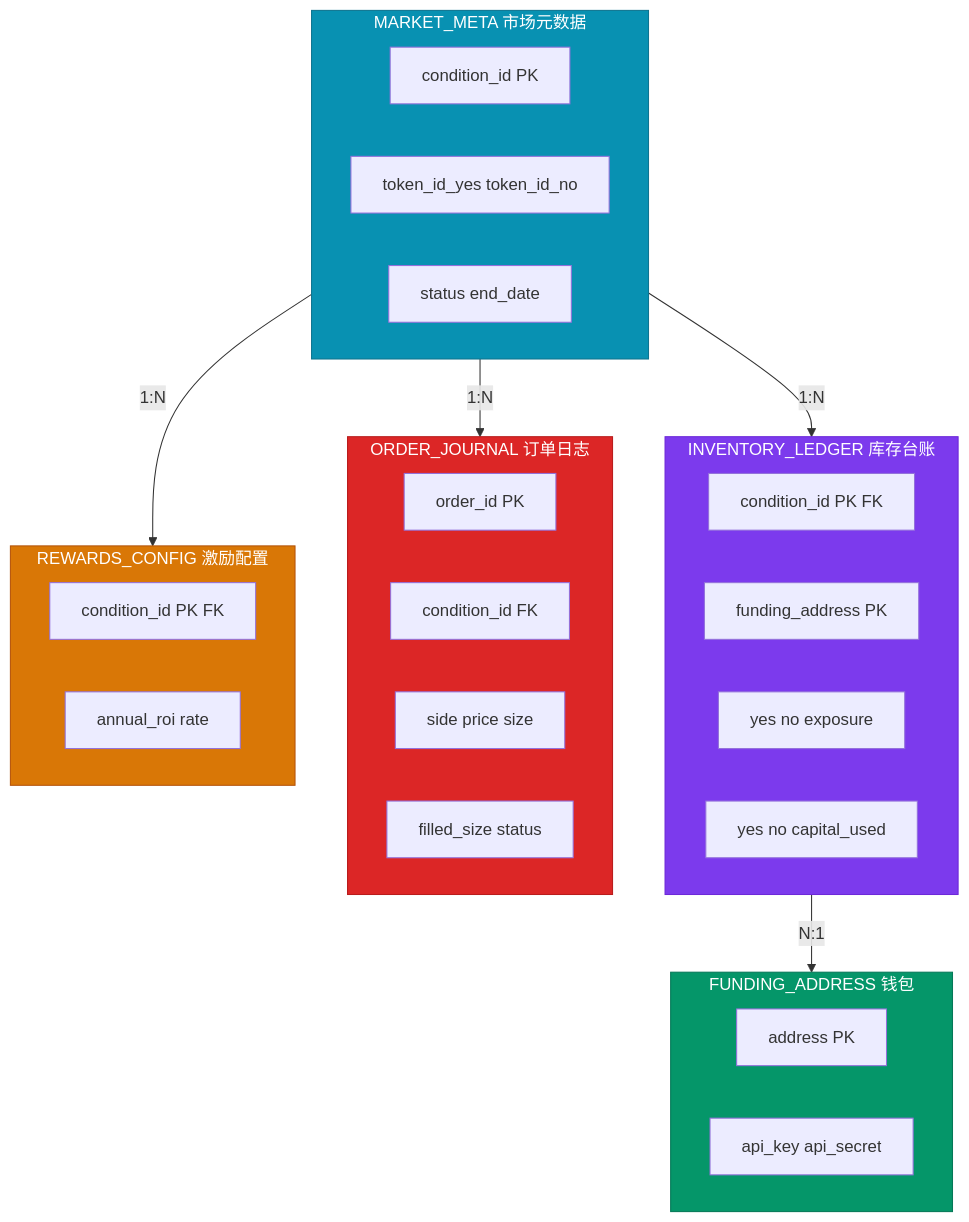
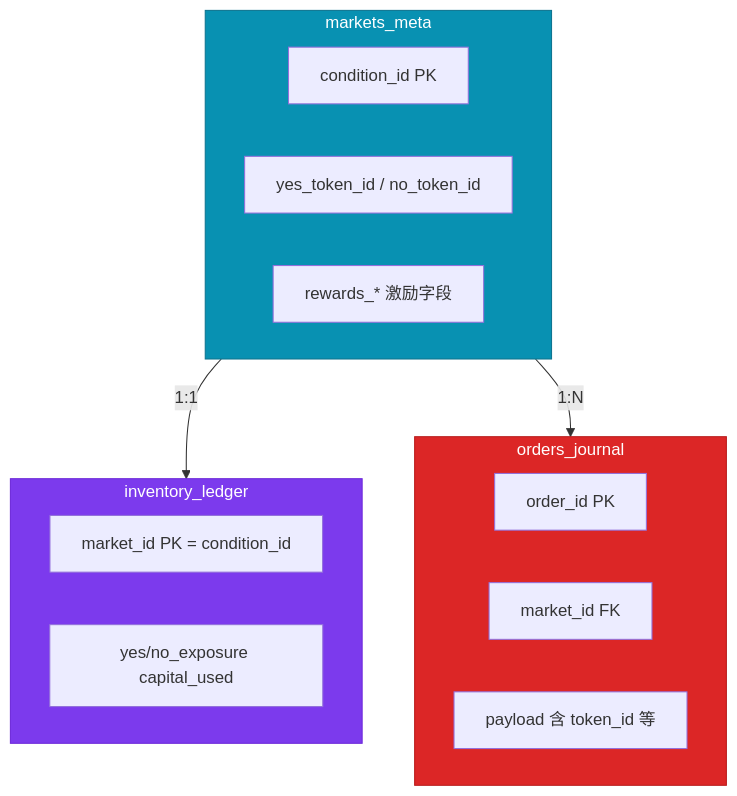
Before and after one commit to liu-kaining/PolyMatrixEngine: the second of 3 diagrams in spec/architecture_diagrams/11_database_erd.md, drawn with Mermaid. The commit also changed other lines of this file and 12 other files, not shown here.

````diff
--- a/spec/architecture_diagrams/11_database_erd.md
+++ b/spec/architecture_diagrams/11_database_erd.md
@@ -78,55 +53,32 @@
 ```mermaid
 %%{init: {'theme': 'base', 'themeVariables': {
   'primaryColor': '#1e3a5f',
   'primaryTextColor': '#ffffff',
   'primaryBorderColor': '#334155',
   'lineColor': '#64748b'
 }}%%
 flowchart TB
-    subgraph MARKET_META["MARKET_META 市场元数据"]
+    subgraph MM["markets_meta"]
         M1["condition_id PK"]
-        M2["token_id_yes token_id_no"]
-        M3["status end_date"]
+        M2["yes_token_id / no_token_id"]
+        M3["rewards_* 激励字段"]
     end
 
-    subgraph INVENTORY_LEDGER["INVENTORY_LEDGER 库存台账"]
-        I1["condition_id PK FK"]
-        I2["funding_address PK"]
-        I3["yes no exposure"]
-        I4["yes no capital_used"]
+    subgraph IL["inventory_ledger"]
+        I1["market_id PK = condition_id"]
+        I2["yes/no_exposure capital_used"]
     end
 
-    subgraph ORDER_JOURNAL["ORDER_JOURNAL 订单日志"]
+    subgraph OJ["orders_journal"]
         O1["order_id PK"]
-        O2["condition_id FK"]
-        O3["side price size"]
-        O4["filled_size status"]
+        O2["market_id FK"]
+        O3["payload 含 token_id 等"]
     end
 
-    subgraph REWARDS_CONFIG["REWARDS_CONFIG 激励配置"]
-        R1["condition_id PK FK"]
-        R2["annual_roi rate"]
-    end
+    MM -->|"1:1"| IL
+    MM -->|"1:N"| OJ
 
-    subgraph FUNDING_ADDRESS["FUNDING_ADDRESS 钱包"]
-        F1["address PK"]
-        F2["api_key api_secret"]
-    end
-
-    MARKET_META -->|"1:N"| INVENTORY_LEDGER
-    MARKET_META -->|"1:N"| ORDER_JOURNAL
-    MARKET_META -->|"1:N"| REWARDS_CONFIG
-    INVENTORY_LEDGER -->|"N:1"| FUNDING_ADDRESS
-
-    classDef market fill:#0891b2,stroke:#0e7490,color:#fff
-    classDef ledger fill:#7c3aed,stroke:#6d28d9,color:#fff
-    classDef order fill:#dc2626,stroke:#b91c1c,color:#fff
-    classDef rewards fill:#d97706,stroke:#b45309,color:#fff
-    classDef funding fill:#059669,stroke:#047857,color:#fff
-
-    class MARKET_META market
-    class INVENTORY_LEDGER ledger
-    class ORDER_JOURNAL order
-    class REWARDS_CONFIG rewards
-    class FUNDING_ADDRESS funding
+    style MM fill:#0891b2,stroke:#0e7490,color:#fff
+    style IL fill:#7c3aed,stroke:#6d28d9,color:#fff
+    style OJ fill:#dc2626,stroke:#b91c1c,color:#fff
 ```
````
